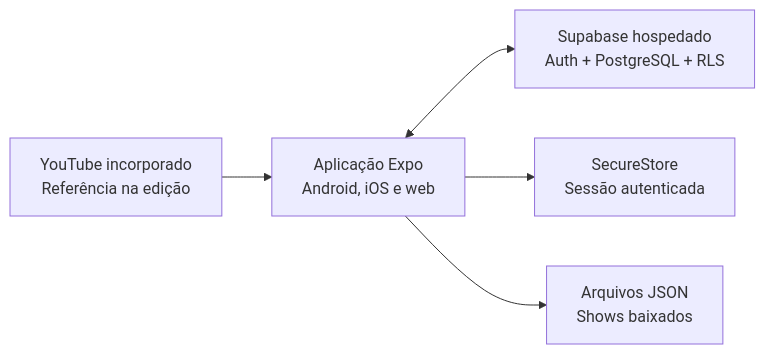
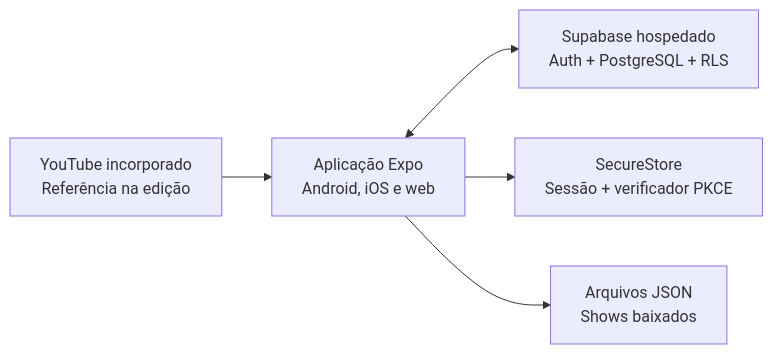
One commit to anderson-sillos/setlist changed the diagram in README.md. Above: the diagram before and after it, drawn with Mermaid. The commit also changed other lines of this file and 92 other files, not shown here.

````diff
--- a/README.md
+++ b/README.md
@@ -62,13 +62,13 @@
 ```mermaid
 flowchart LR
     APP[Aplicação Expo\nAndroid, iOS e web]
     API[Supabase hospedado\nAuth + PostgreSQL + RLS]
-    AUTH[SecureStore\nSessão autenticada]
+    AUTH[SecureStore\nSessão + verificador PKCE]
     CACHE[Arquivos JSON\nShows baixados]
     YT[YouTube incorporado\nReferência na edição]
 
     APP <--> API
     APP --> AUTH
     APP --> CACHE
     YT --> APP
 ```
````
